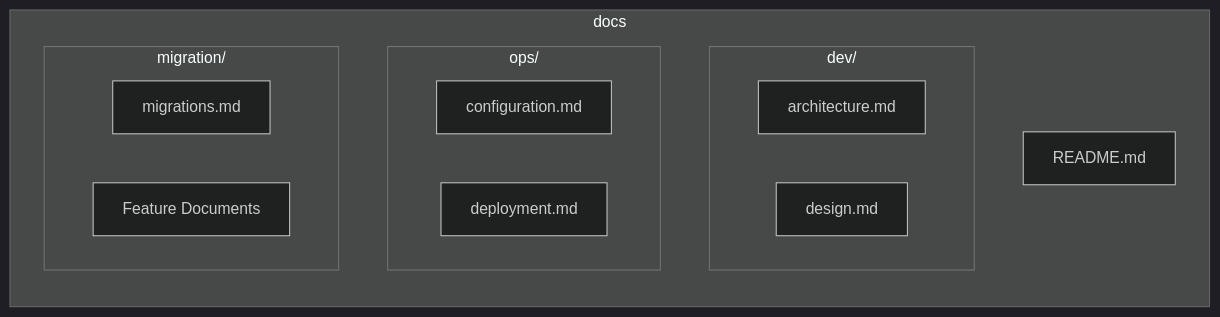
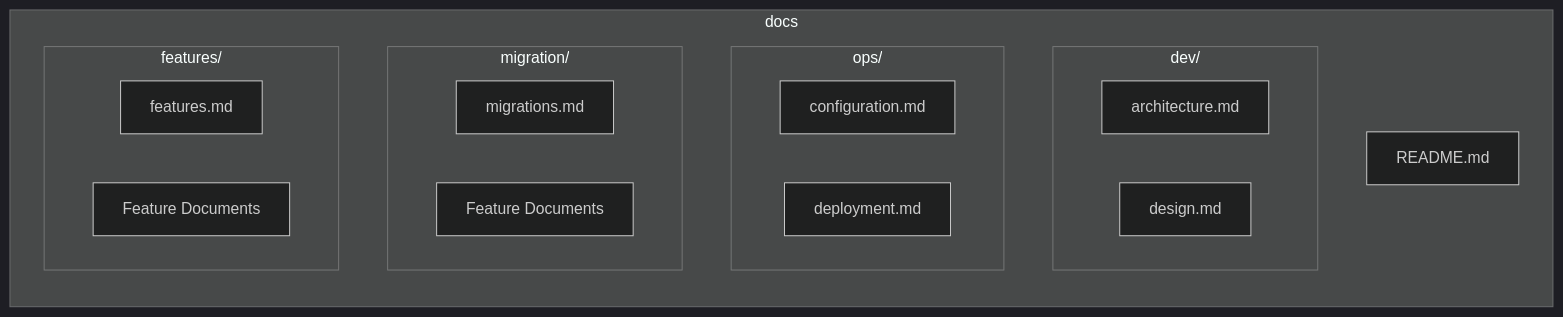
The first of 2 diagrams in docs/README.md (woped/woped-next), drawn with Mermaid (dark theme) before and after one commit. The commit also changed other lines of this file and 6 other files, not shown here.

````diff
--- a/docs/README.md
+++ b/docs/README.md
@@ -7,18 +7,22 @@
 ```mermaid
 graph LR
     subgraph docs
         README[README.md]
         subgraph dev[dev/]
             ARCH[architecture.md]
             DESIGN[design.md]
         end
         subgraph ops[ops/]
             CONFIG[configuration.md]
             DEPLOY[deployment.md]
         end
         subgraph migration[migration/]
             MIG[migrations.md]
-            FEATURES[Feature Documents]
+            MIGDOCS[Feature Documents]
+        end
+        subgraph features[features/]
+            FEAT[features.md]
+            FEATDOCS[Feature Documents]
         end
     end
 ```
````
